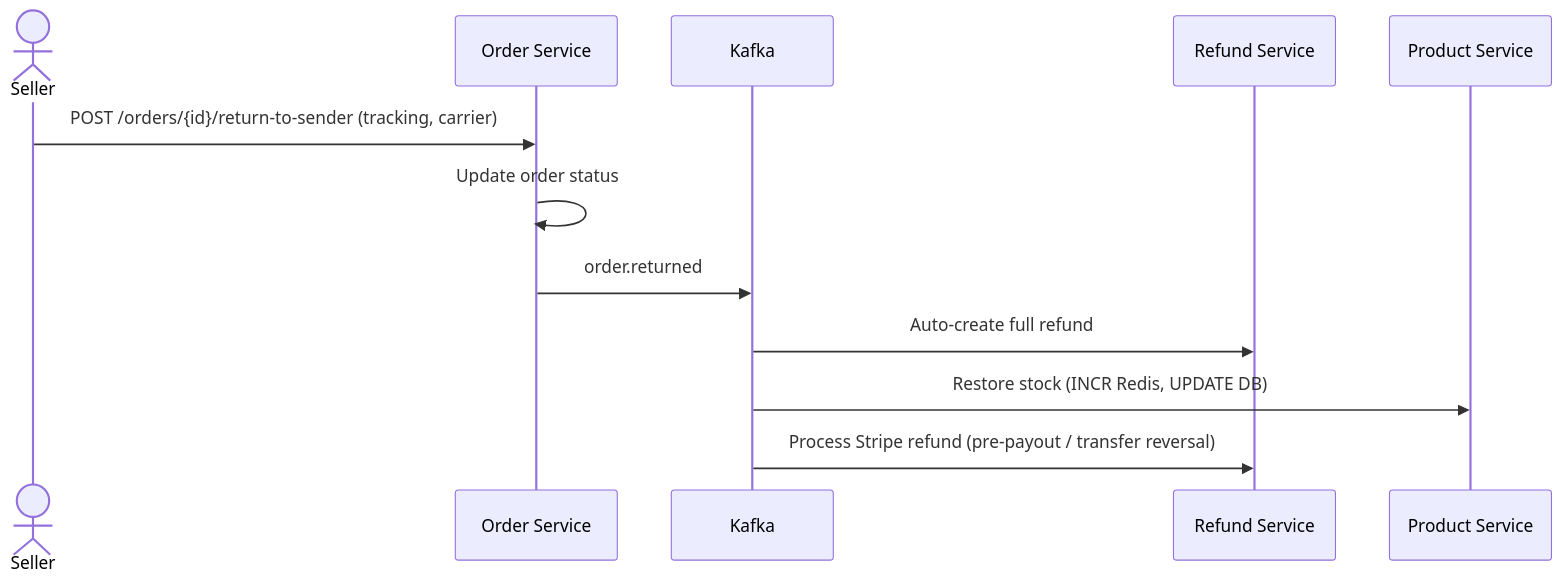
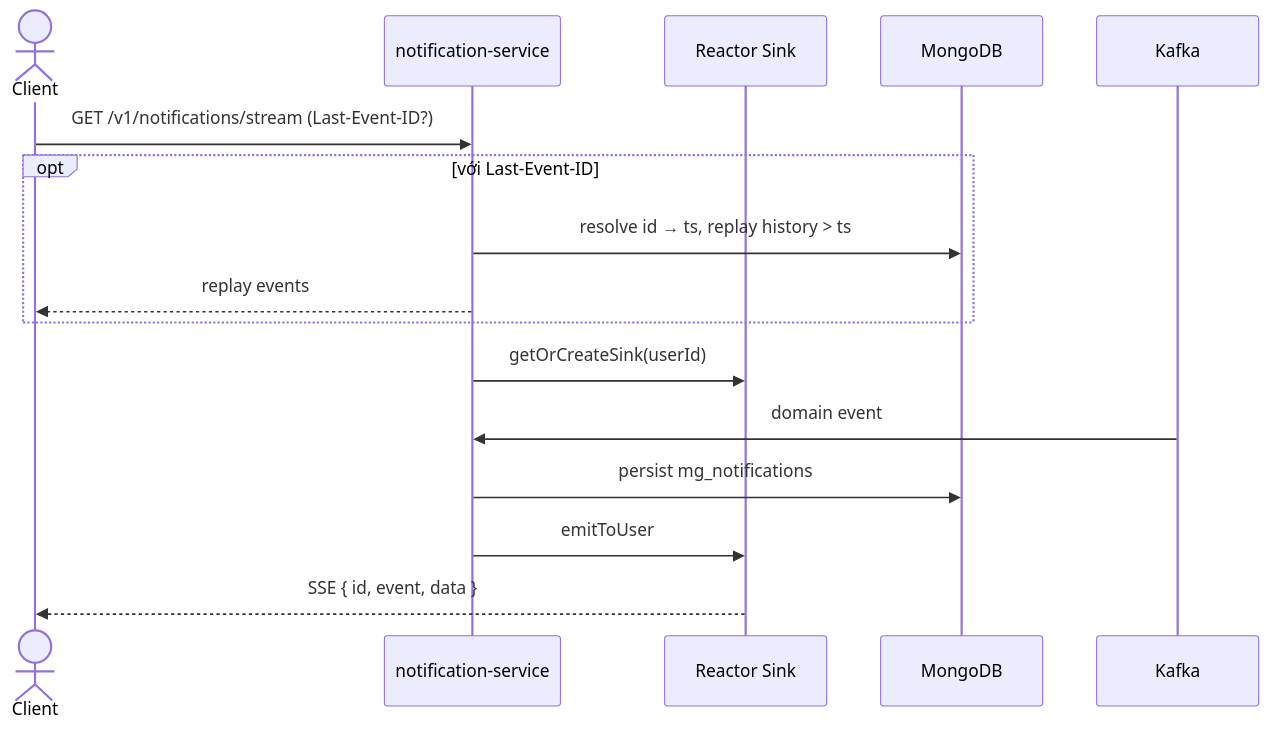
Before and after one commit to ldqanh1408/stealing-from-paradise: the tenth of 11 diagrams in documents/overview/FLOWS.md, drawn with Mermaid. The commit also changed other lines of this file and 48 other files, not shown here.

First line of the commit message:
Add new product categories and update product seed data

````diff
--- a/documents/overview/FLOWS.md
+++ b/documents/overview/FLOWS.md
@@ -274,15 +239,19 @@
 ```mermaid
 sequenceDiagram
-    actor Seller
-    participant OS as Order Service
-    participant Kafka
-    participant RefS as Refund Service
-    participant PS as Product Service
+    actor Client
+    participant NT as notification-service
+    participant Sink as Reactor Sink
+    participant MG as MongoDB
+    participant K as Kafka
 
-    Seller->>OS: POST /orders/{id}/return-to-sender (tracking, carrier)
-    OS->>OS: Update order status
-    OS->>Kafka: order.returned
-    Kafka->>RefS: Auto-create full refund
-    Kafka->>PS: Restore stock (INCR Redis, UPDATE DB)
-    Kafka->>RefS: Process Stripe refund (pre-payout / transfer reversal)
+    Client->>NT: GET /v1/notifications/stream (Last-Event-ID?)
+    opt với Last-Event-ID
+        NT->>MG: resolve id → ts, replay history > ts
+        NT-->>Client: replay events
+    end
+    NT->>Sink: getOrCreateSink(userId)
+    K->>NT: domain event
+    NT->>MG: persist mg_notifications
+    NT->>Sink: emitToUser
+    Sink-->>Client: SSE { id, event, data }
 ```
````
